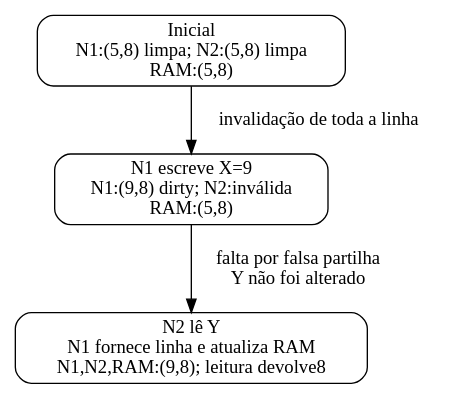
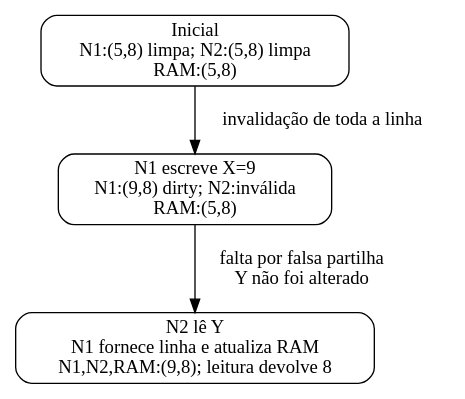
One commit to rodrgds/resumos changed the diagram in src/content/ac/coerencia.dot. Above: the diagram before and after it, drawn with Graphviz. The commit also changed 4 other files, not shown here.

```diff
--- a/src/content/ac/coerencia.dot
+++ b/src/content/ac/coerencia.dot
@@ -1,9 +1,9 @@
 digraph Coerencia {
   rankdir=TB;
   node [shape=box, style=rounded];
   a [label="Inicial\nN1:(5,8) limpa; N2:(5,8) limpa\nRAM:(5,8)"];
   b [label="N1 escreve X=9\nN1:(9,8) dirty; N2:inválida\nRAM:(5,8)"];
-  c [label="N2 lê Y\nN1 fornece linha e atualiza RAM\nN1,N2,RAM:(9,8); leitura devolve8"];
+  c [label="N2 lê Y\nN1 fornece linha e atualiza RAM\nN1,N2,RAM:(9,8); leitura devolve 8"];
   a -> b [label="invalidação de toda a linha"];
   b -> c [label="falta por falsa partilha\nY não foi alterado"];
 }
```
